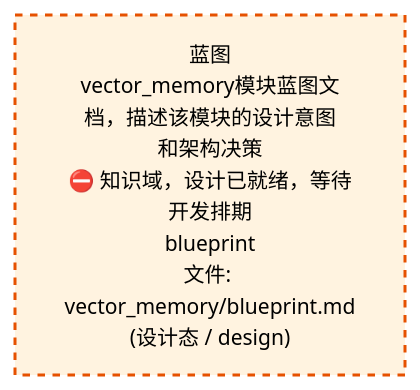
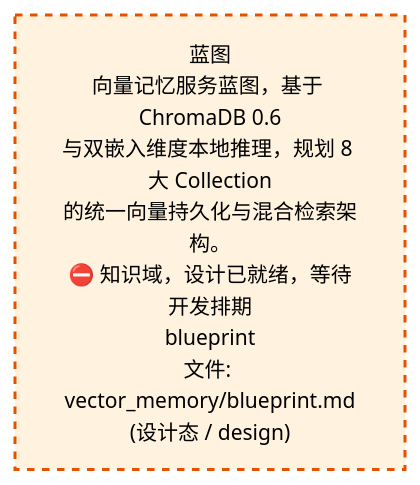
The first of 2 diagrams in docs/02_enterprise_architecture/02_domain_architecture_docs/58_d_knowledge.md (xuanFelixVan/ZephyrAlpha), drawn with Mermaid before and after one commit. The commit also changed other lines of this file and 43 other files, not shown here.

````diff
--- a/docs/02_enterprise_architecture/02_domain_architecture_docs/58_d_knowledge.md
+++ b/docs/02_enterprise_architecture/02_domain_architecture_docs/58_d_knowledge.md
@@ -53,10 +53,10 @@
 ```mermaid
 %%{init: {'theme': 'base', 'themeVariables': {'primaryColor': '#eaeaea', 'primaryTextColor': '#333333', 'primaryBorderColor': '#666666', 'lineColor': '#666666', 'secondaryColor': '#eaeaea', 'tertiaryColor': '#eaeaea', 'fontSize': '14px'}}}%%
 flowchart TD
-    docs_03_modules_domain_knowledge_vector_memory_blueprint_md["蓝图<br/>vector_memory模块蓝图文档，描述该模块的设计意图<br/>和架构决策<br/>⛔ 知识域，设计已就绪，等待开发排期<br/>blueprint<br/>文件: vector_memory/blueprint.md<br/>(设计态 / design)"]
+    docs_03_modules_domain_knowledge_vector_memory_blueprint_md["蓝图<br/>向量记忆服务蓝图，基于 ChromaDB 0.6<br/>与双嵌入维度本地推理，规划 8 大 Collection<br/>的统一向量持久化与混合检索架构。<br/>⛔ 知识域，设计已就绪，等待开发排期<br/>blueprint<br/>文件: vector_memory/blueprint.md<br/>(设计态 / design)"]
     classDef production fill:#e1f5fe,stroke:#01579b,stroke-width:2px,color:#000
     classDef design fill:#fff3e0,stroke:#e65100,stroke-width:2px,color:#000,stroke-dasharray: 5 5
     classDef external_prod fill:#e8f4fd,stroke:#0277bd,stroke-width:1px,color:#000
     classDef external_design fill:#fff8e7,stroke:#ef6c00,stroke-width:1px,color:#000,stroke-dasharray: 5 5
     class docs_03_modules_domain_knowledge_vector_memory_blueprint_md design
 ```
````
